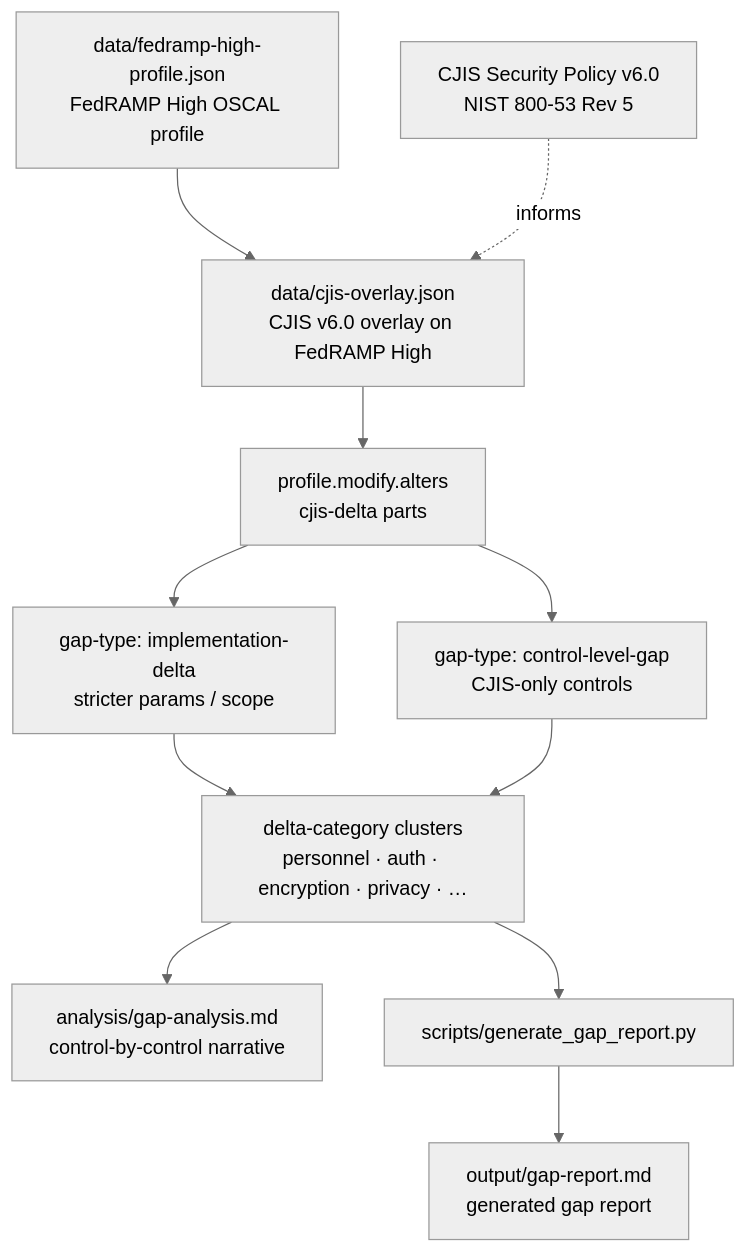
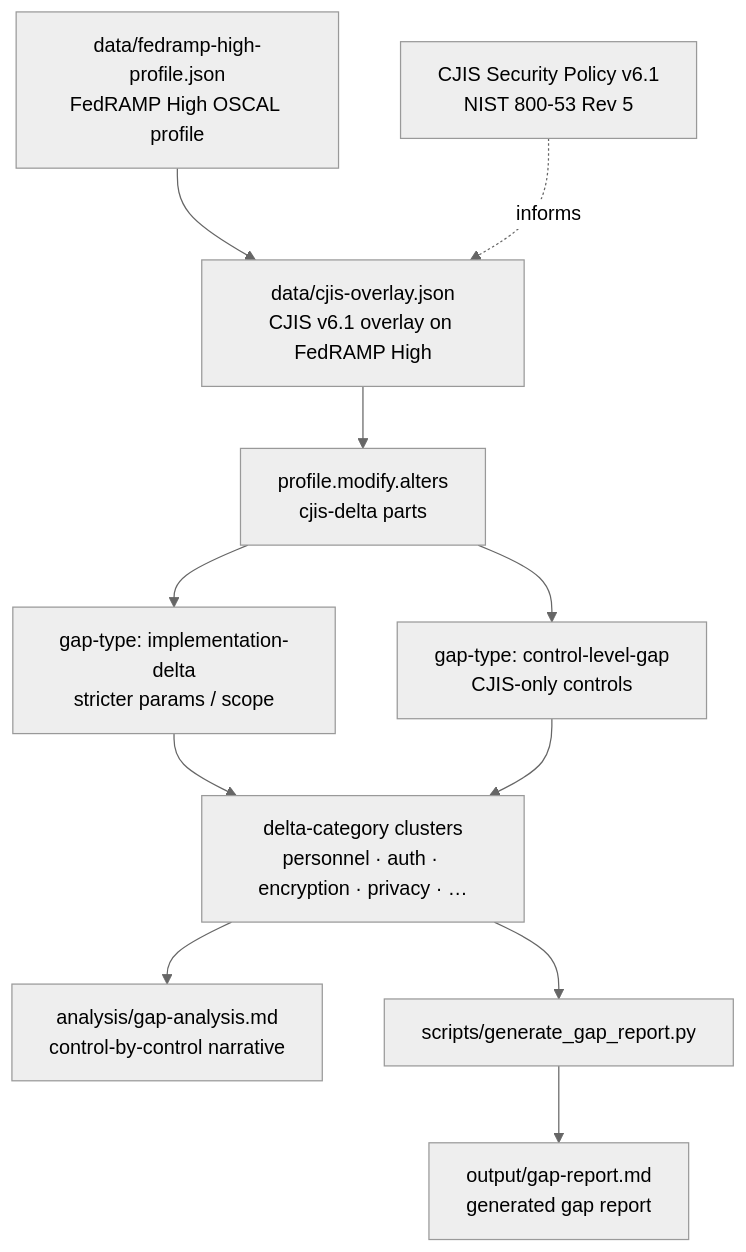
The diagram in README.md (0xBahalaNa/cjis-fedramp-high-gap-analysis), drawn with Mermaid (neutral theme) before and after one commit. The commit also changed other lines of this file and 5 other files, not shown here.

Commit message:
docs: align gap analysis with CJIS Security Policy v6.1 (#40)

````diff
--- a/README.md
+++ b/README.md
@@ -24,13 +24,13 @@
 ```mermaid
 graph TD
-    FR["data/fedramp-high-profile.json<br/>FedRAMP High OSCAL profile"] --> OV["data/cjis-overlay.json<br/>CJIS v6.0 overlay on FedRAMP High"]
-    CJ["CJIS Security Policy v6.0<br/>NIST 800-53 Rev 5"] -. informs .-> OV
+    FR["data/fedramp-high-profile.json<br/>FedRAMP High OSCAL profile"] --> OV["data/cjis-overlay.json<br/>CJIS v6.1 overlay on FedRAMP High"]
+    CJ["CJIS Security Policy v6.1<br/>NIST 800-53 Rev 5"] -. informs .-> OV
     OV --> DELTA["profile.modify.alters<br/>cjis-delta parts"]
     DELTA --> IMP["gap-type: implementation-delta<br/>stricter params / scope"]
     DELTA --> CTRL["gap-type: control-level-gap<br/>CJIS-only controls"]
     IMP --> CAT["delta-category clusters<br/>personnel · auth · encryption · privacy · …"]
     CTRL --> CAT
     CAT --> ANA["analysis/gap-analysis.md<br/>control-by-control narrative"]
     CAT --> GEN["scripts/generate_gap_report.py"]
     GEN --> RPT["output/gap-report.md<br/>generated gap report"]
 ```
````
